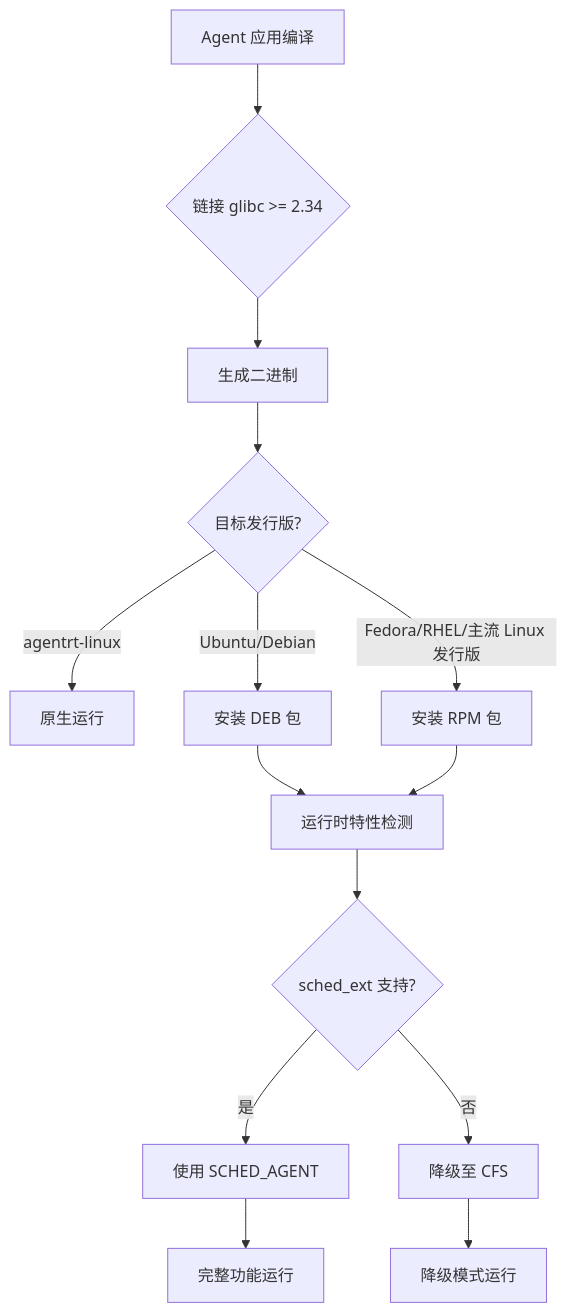
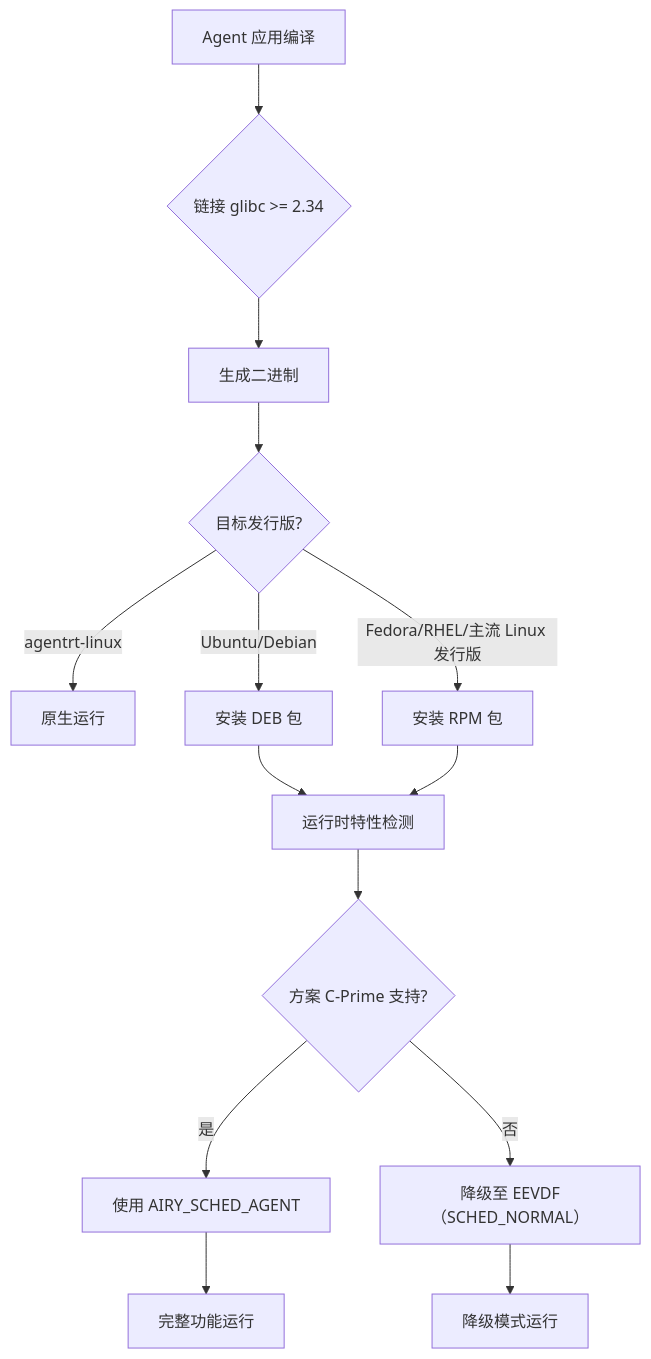
Before and after one commit to openairymax/docs: the diagram in AirymaxOS/160-compatibility/05-cross-distro.md, drawn with Mermaid. The commit also changed other lines of this file and 115 other files, not shown here.

````diff
--- a/AirymaxOS/160-compatibility/05-cross-distro.md
+++ b/AirymaxOS/160-compatibility/05-cross-distro.md
@@ -519,16 +519,16 @@
 ```mermaid
 graph TD
     A[Agent 应用编译] --> B{链接 glibc >= 2.34}
     B --> C[生成二进制]
     C --> D{目标发行版?}
     D -->|agentrt-linux| E[原生运行]
     D -->|Ubuntu/Debian| F[安装 DEB 包]
     D -->|Fedora/RHEL/主流 Linux 发行版| G[安装 RPM 包]
     F --> H[运行时特性检测]
     G --> H
-    H --> I{sched_ext 支持?}
-    I -->|是| J[使用 SCHED_AGENT]
-    I -->|否| K[降级至 CFS]
+    H --> I{方案 C-Prime 支持?}
+    I -->|是| J[使用 AIRY_SCHED_AGENT]
+    I -->|否| K[降级至 EEVDF（SCHED_NORMAL）]
     J --> L[完整功能运行]
     K --> M[降级模式运行]
 ```
````
